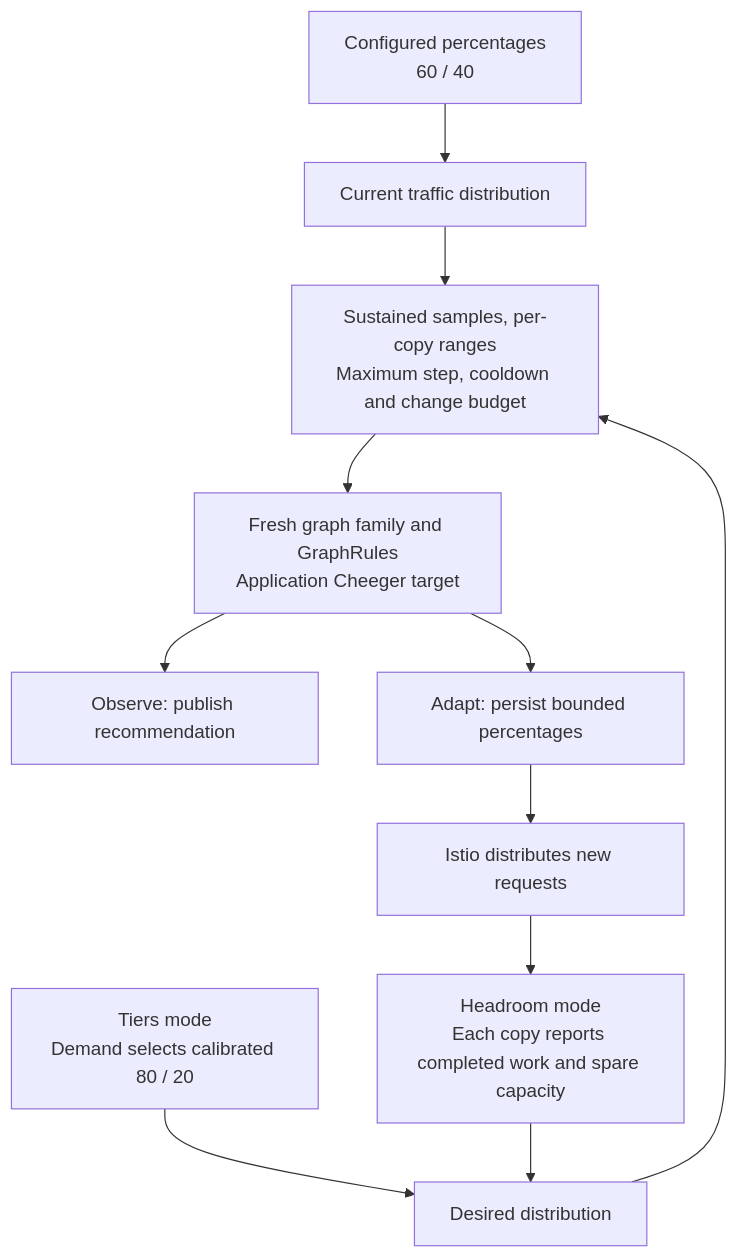
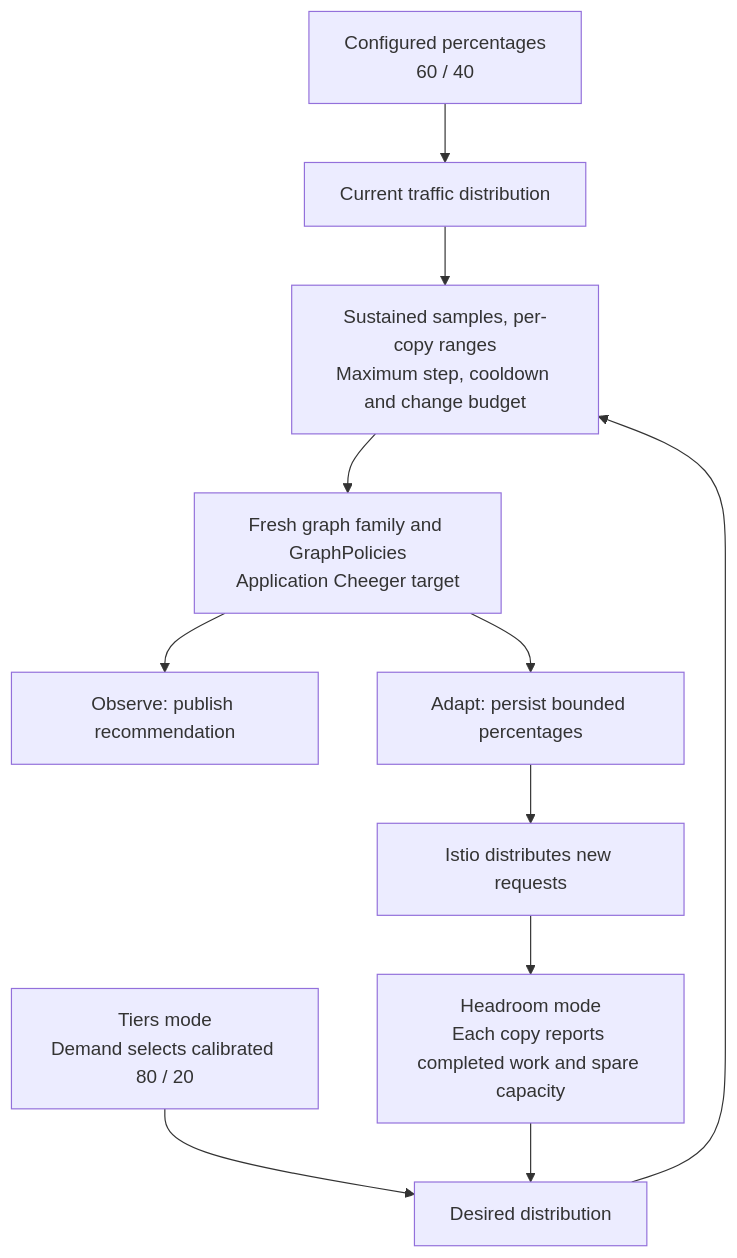
One commit to astrivant/polyad changed the second of 2 diagrams in docs/graphs/traffic-balancing.md. Above: the diagram before and after it, drawn with Mermaid. The commit also changed other lines of this file and 182 other files, not shown here.

Commit message:
GraphPolicies rename

````diff
--- a/docs/graphs/traffic-balancing.md
+++ b/docs/graphs/traffic-balancing.md
@@ -193,13 +193,13 @@
 ```mermaid
 flowchart TB
     fixed["Configured percentages<br/>60 / 40"] --> current["Current traffic distribution"]
     tiers["Tiers mode<br/>Demand selects calibrated 80 / 20"] --> target["Desired distribution"]
     samples["Headroom mode<br/>Each copy reports completed work and spare capacity"] --> target
     current --> limits["Sustained samples, per-copy ranges<br/>Maximum step, cooldown and change budget"]
     target --> limits
-    limits --> rules["Fresh graph family and GraphRules<br/>Application Cheeger target"]
+    limits --> rules["Fresh graph family and GraphPolicies<br/>Application Cheeger target"]
     rules --> observe["Observe: publish recommendation"]
     rules --> adapt["Adapt: persist bounded percentages"]
     adapt --> istio["Istio distributes new requests"]
     istio --> samples
 ```
````
